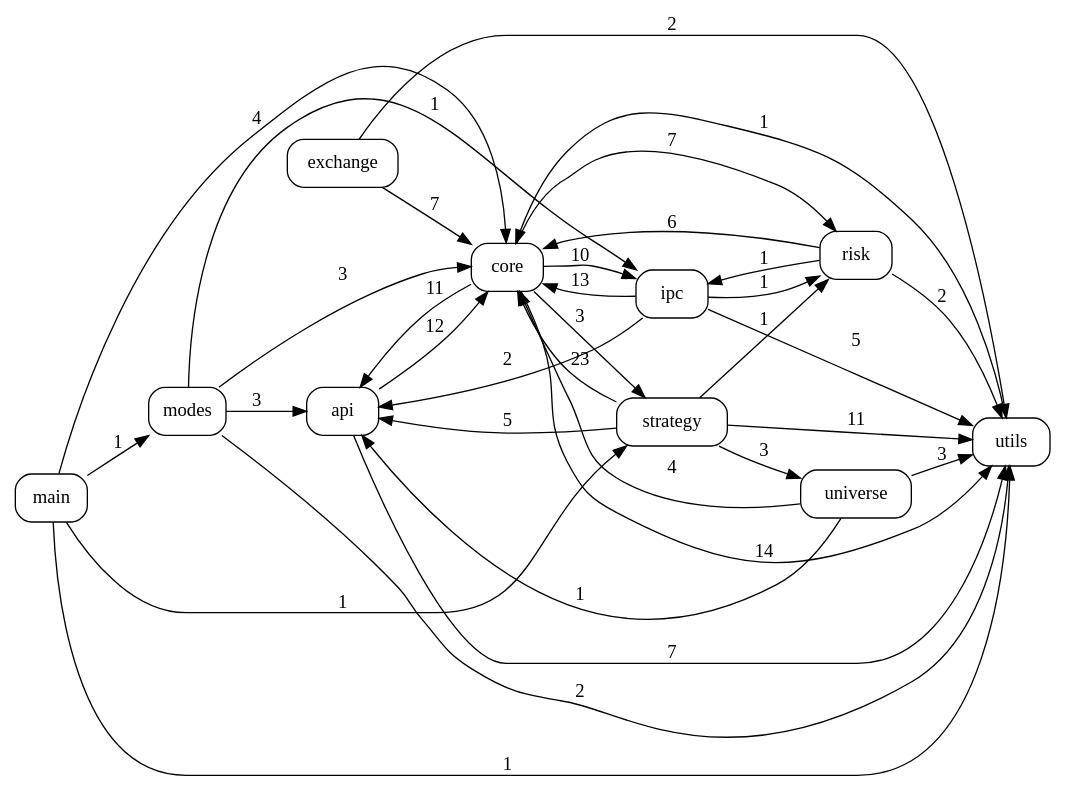
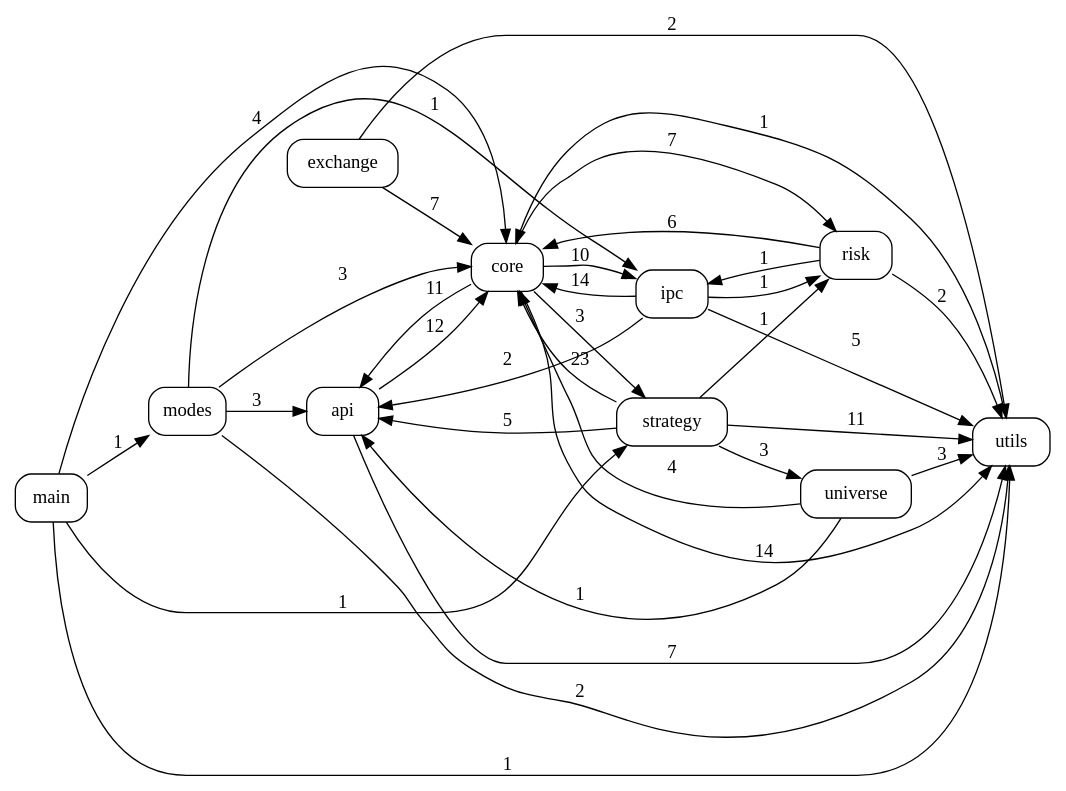
The diagram in docs/code_graph.dot (pypy8171/Quant), drawn with Graphviz before and after one commit. The commit also changed 45 other files, not shown here.

```diff
--- a/docs/code_graph.dot
+++ b/docs/code_graph.dot
@@ -1,47 +1,47 @@
 digraph code_graph {
   rankdir=LR;
   node [shape=box, style=rounded, fontname="Consolas"];
   "api";
   "core";
   "exchange";
   "ipc";
   "main";
   "modes";
   "risk";
   "strategy";
   "universe";
   "utils";
   "api" -> "core" [label="12"];
   "api" -> "utils" [label="7"];
   "core" -> "api" [label="11"];
   "core" -> "ipc" [label="10"];
   "core" -> "risk" [label="7"];
   "core" -> "strategy" [label="3"];
   "core" -> "utils" [label="14"];
   "exchange" -> "core" [label="7"];
   "exchange" -> "utils" [label="2"];
   "ipc" -> "api" [label="2"];
-  "ipc" -> "core" [label="13"];
+  "ipc" -> "core" [label="14"];
   "ipc" -> "risk" [label="1"];
   "ipc" -> "utils" [label="5"];
   "main" -> "core" [label="4"];
   "main" -> "modes" [label="1"];
   "main" -> "strategy" [label="1"];
   "main" -> "utils" [label="1"];
   "modes" -> "api" [label="3"];
   "modes" -> "core" [label="3"];
   "modes" -> "ipc" [label="1"];
   "modes" -> "utils" [label="2"];
   "risk" -> "core" [label="6"];
   "risk" -> "ipc" [label="1"];
   "risk" -> "utils" [label="2"];
   "strategy" -> "api" [label="5"];
   "strategy" -> "core" [label="23"];
   "strategy" -> "risk" [label="1"];
   "strategy" -> "universe" [label="3"];
   "strategy" -> "utils" [label="11"];
   "universe" -> "api" [label="1"];
   "universe" -> "core" [label="4"];
   "universe" -> "utils" [label="3"];
   "utils" -> "core" [label="1"];
 }
```
